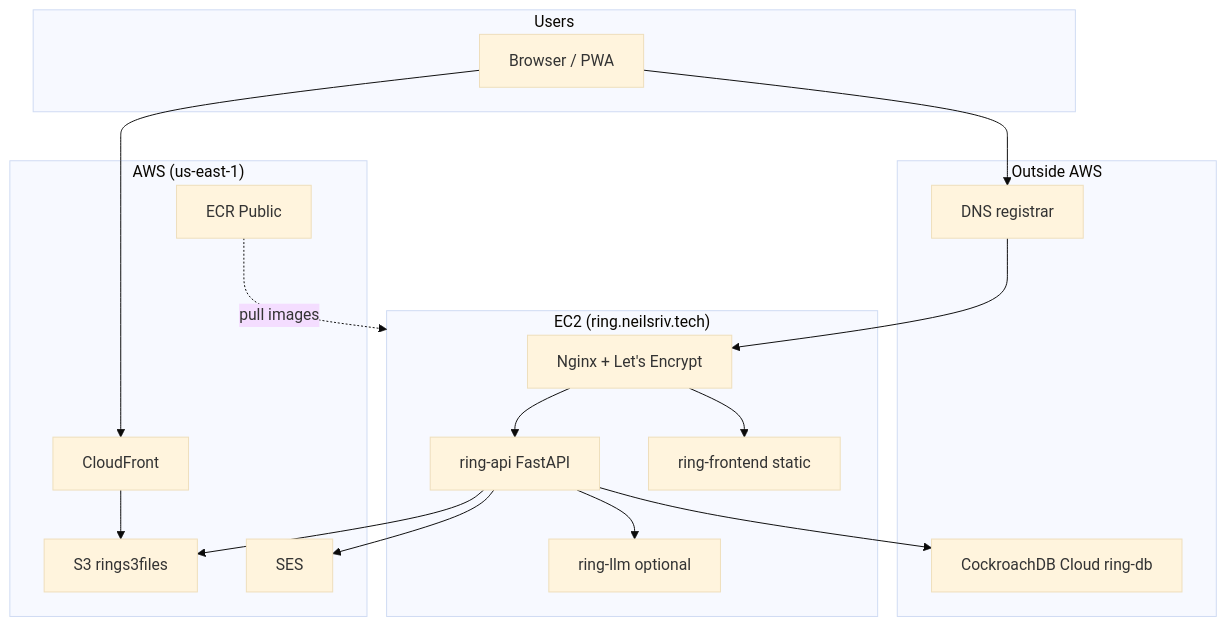
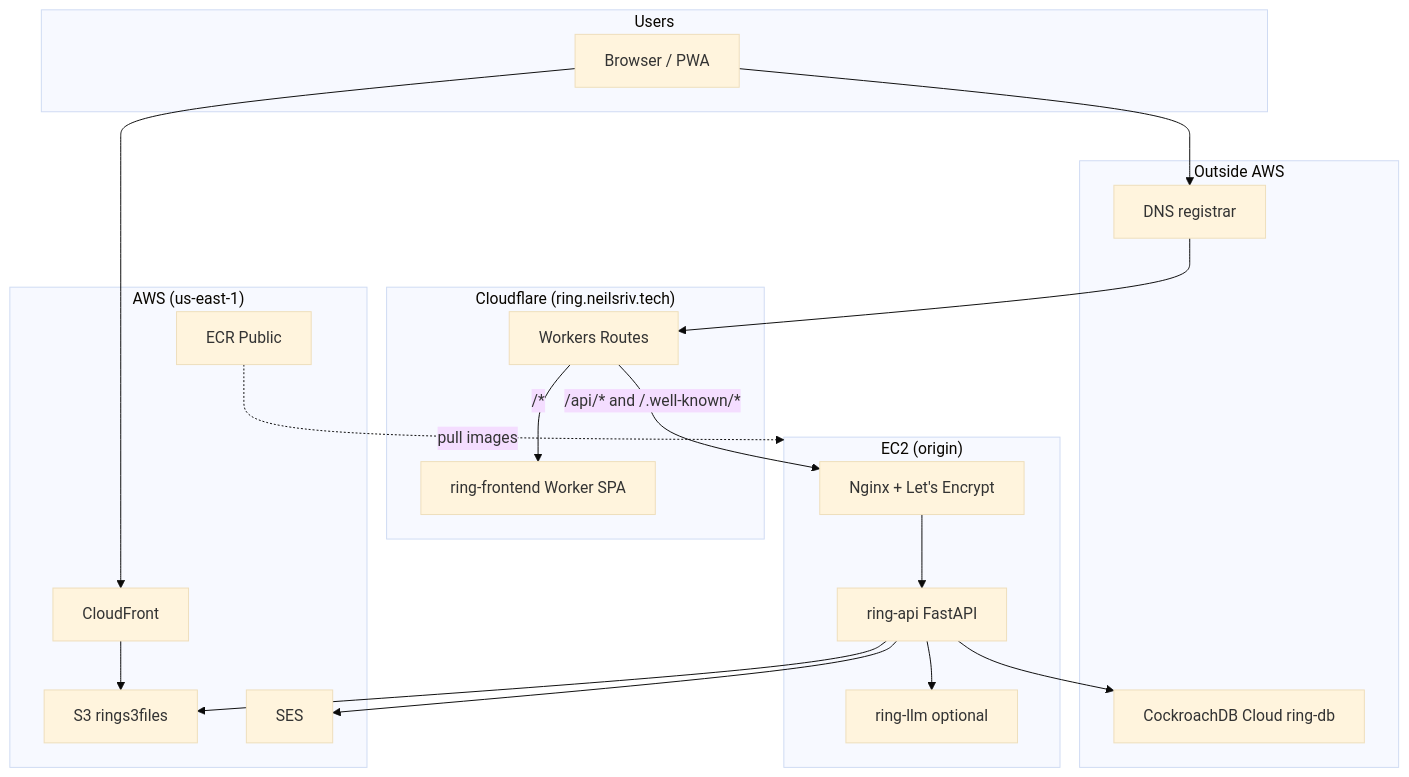
The diagram in docs/infrastructure.md (neil-sriv/ring), drawn with Mermaid (base theme) before and after one commit. The commit also changed other lines of this file and 13 other files, not shown here.

````diff
--- a/docs/infrastructure.md
+++ b/docs/infrastructure.md
@@ -18,36 +20,41 @@
 ```mermaid
 flowchart TB
     subgraph Users
         Browser[Browser / PWA]
     end
 
-    subgraph EC2["EC2 (ring.neilsriv.tech)"]
+    subgraph Cloudflare["Cloudflare (ring.neilsriv.tech)"]
+        Routes[Workers Routes]
+        Worker[ring-frontend Worker SPA]
+    end
+
+    subgraph EC2["EC2 (origin)"]
         Nginx[Nginx + Let's Encrypt]
         API[ring-api FastAPI]
-        FE[ring-frontend static]
         LLM[ring-llm optional]
     end
 
     subgraph AWS["AWS (us-east-1)"]
         ECR[ECR Public]
         S3[S3 rings3files]
-        CF[CloudFront]
+        CDN[CloudFront]
         SES[SES]
     end
 
     subgraph External["Outside AWS"]
         CRDB[CockroachDB Cloud ring-db]
         DNS[DNS registrar]
     end
 
-    Browser --> DNS --> Nginx
-    Nginx --> FE
+    Browser --> DNS --> Routes
+    Routes -- "/*" --> Worker
+    Routes -- "/api/* and /.well-known/*" --> Nginx
     Nginx --> API
     API --> CRDB
     API --> S3
     API --> SES
     API --> LLM
-    Browser --> CF
-    CF --> S3
+    Browser --> CDN
+    CDN --> S3
     ECR -. pull images .-> EC2
 ```
````
